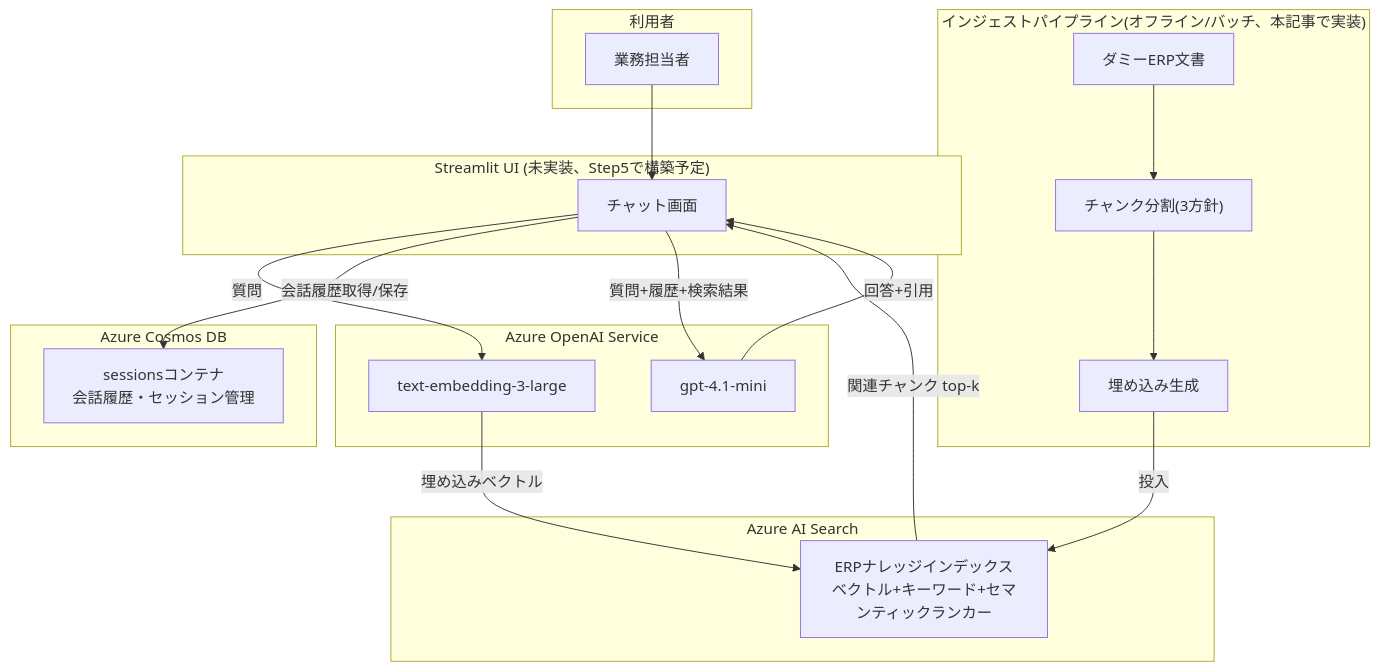
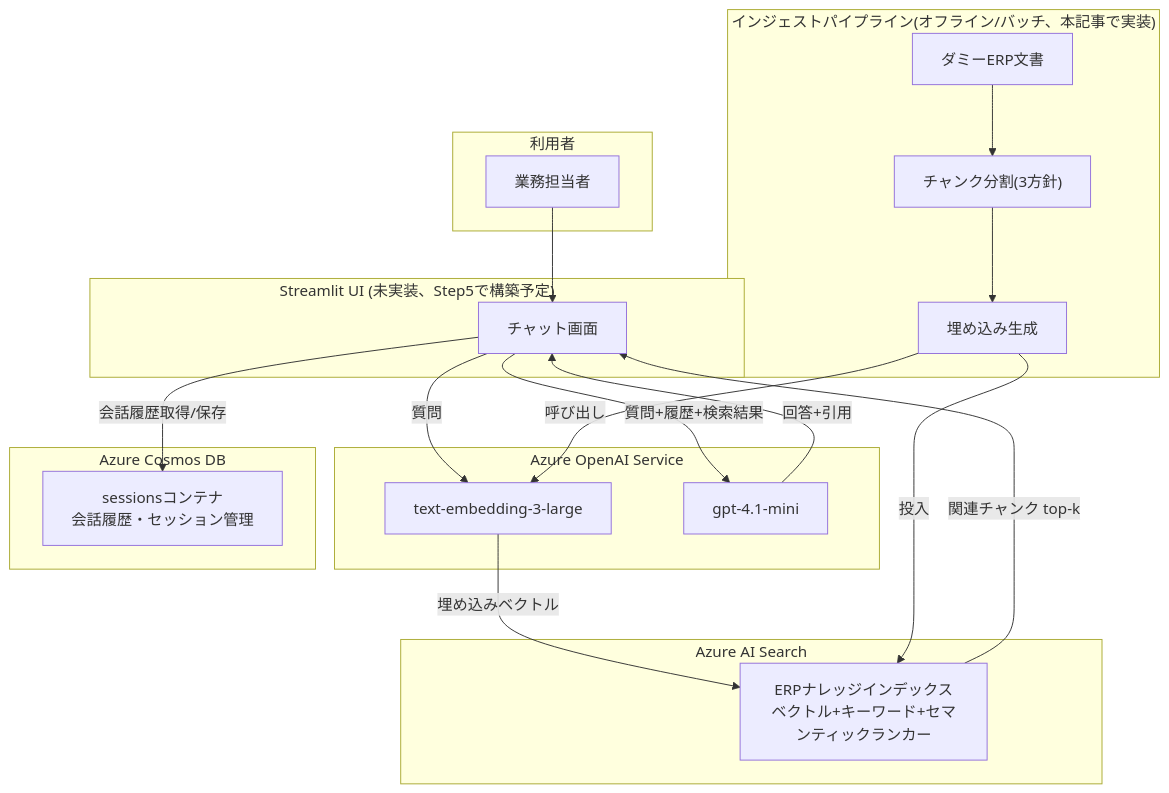
Before and after one commit to yuninaka/zenn-content: the diagram in articles/azure-rag-navigator-build.md, drawn with Mermaid. The commit also changed other lines of this file, not shown here.

Commit message:
docs: fix Part 1 architecture diagram to show shared embedding model
The ingest-time "埋め込み生成" node had no edge to Azure OpenAI Service,
reading as if ingestion embedding happened outside it. Added an edge from
EmbedBatch to the existing Embed node (text-embedding-3-large), matching
the actual code where both ingest_pipeline.py and generator.py call the
same src/ingestion/embed.py::embed_texts. Added a one-line note after the
diagram stating this explicitly. Verified with mermaid-cli: renders with
no syntax errors and no circular references.

Claude-Session: https://claude.ai/code/session_01LnEXWe5TRdRKpj2RextPMN

````diff
--- a/articles/azure-rag-navigator-build.md
+++ b/articles/azure-rag-navigator-build.md
@@ -46,34 +46,36 @@
 ```mermaid
 flowchart TB
     subgraph Client["利用者"]
         User["業務担当者"]
     end
     subgraph UI["Streamlit UI (未実装、Step5で構築予定)"]
         Chat["チャット画面"]
     end
     subgraph AOAI["Azure OpenAI Service"]
         Embed["text-embedding-3-large"]
         GPT["gpt-4.1-mini"]
     end
     subgraph Search["Azure AI Search"]
         Index["ERPナレッジインデックス<br/>ベクトル+キーワード+セマンティックランカー"]
     end
     subgraph Cosmos["Azure Cosmos DB"]
         Sessions["sessionsコンテナ<br/>会話履歴・セッション管理"]
     end
 
     User --> Chat
     Chat -->|質問| Embed
     Embed -->|埋め込みベクトル| Index
     Chat -->|会話履歴取得/保存| Sessions
     Index -->|関連チャンク top-k| Chat
     Chat -->|質問+履歴+検索結果| GPT
     GPT -->|回答+引用| Chat
 
     subgraph Ingest["インジェストパイプライン(オフライン/バッチ、本記事で実装)"]
         Docs["ダミーERP文書"]
         Chunk["チャンク分割(3方針)"]
         EmbedBatch["埋め込み生成"]
     end
-    Docs --> Chunk --> EmbedBatch -->|投入| Index
+    Docs --> Chunk --> EmbedBatch
+    EmbedBatch -->|呼び出し| Embed
+    EmbedBatch -->|投入| Index
 ```
````
